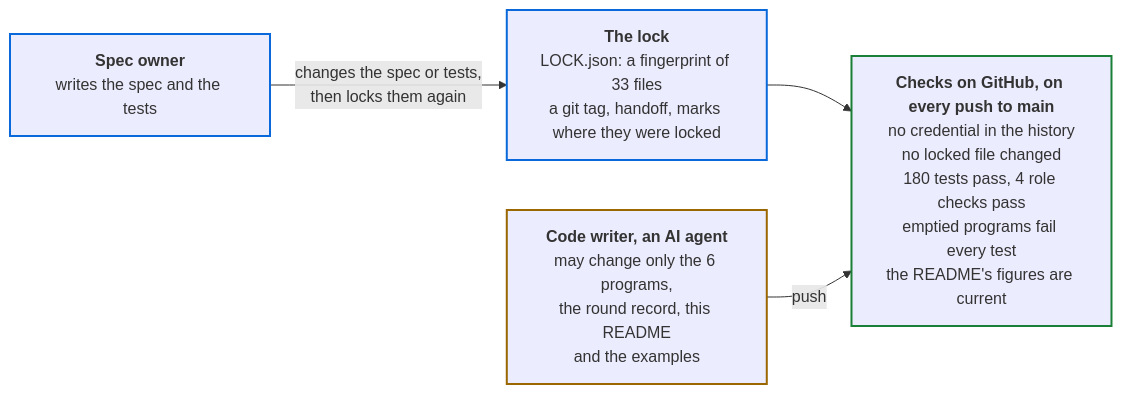
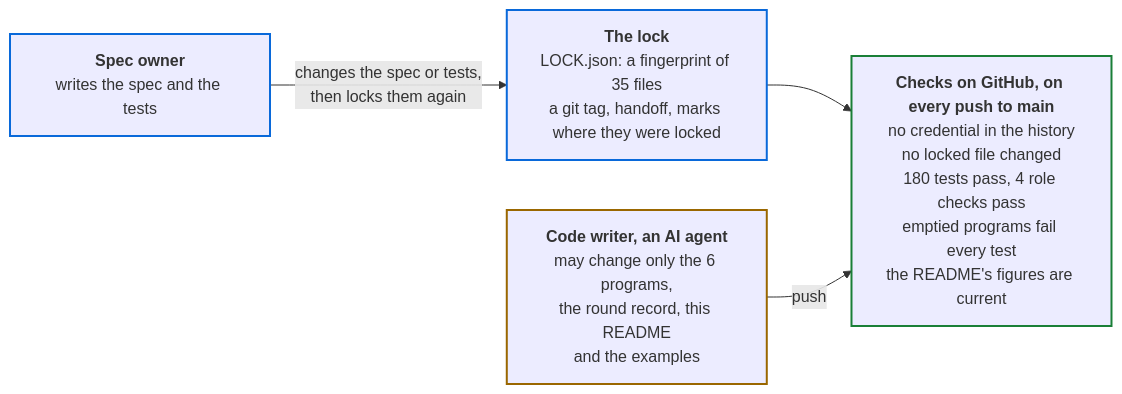
One commit to PaulDuvall/adlc-security-reviewer changed the fourth of 4 diagrams in README.md. Above: the diagram before and after it, drawn with Mermaid. The commit also changed other lines of this file and 14 other files, not shown here.

````diff
--- a/README.md
+++ b/README.md
@@ -290,16 +314,16 @@
 ```mermaid
 flowchart LR
   so["<b>Spec owner</b><br/>writes the spec and the tests"]
-  lock["<b>The lock</b><br/>LOCK.json: a fingerprint of 33 files<br/>a git tag, handoff, marks where they were locked"]
+  lock["<b>The lock</b><br/>LOCK.json: a fingerprint of 35 files<br/>a git tag, handoff, marks where they were locked"]
   cw["<b>Code writer, an AI agent</b><br/>may change only the 6 programs,<br/>the round record, this README<br/>and the examples"]
   ci["<b>Checks on GitHub, on every push to main</b><br/>no credential in the history<br/>no locked file changed<br/>180 tests pass, 4 role checks pass<br/>emptied programs fail every test<br/>the README's figures are current"]
   so -->|"changes the spec or tests,<br/>then locks them again"| lock
   lock --> ci
   cw -->|"push"| ci
   classDef owner stroke:#0969da,stroke-width:2px
   classDef agent stroke:#9a6700,stroke-width:2px
   classDef gate stroke:#1a7f37,stroke-width:2px
   class so,lock owner
   class cw agent
   class ci gate
 ```
````
